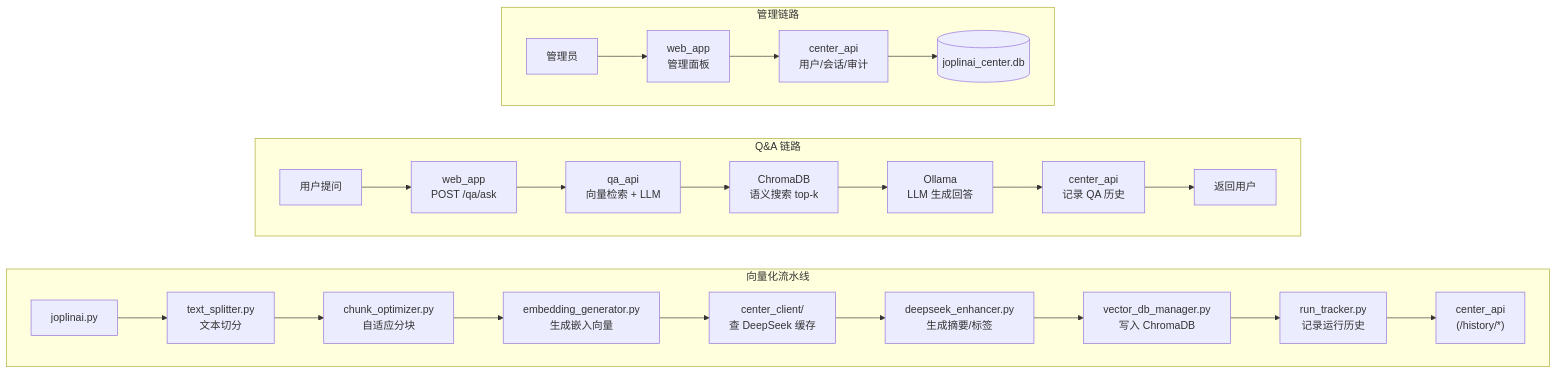
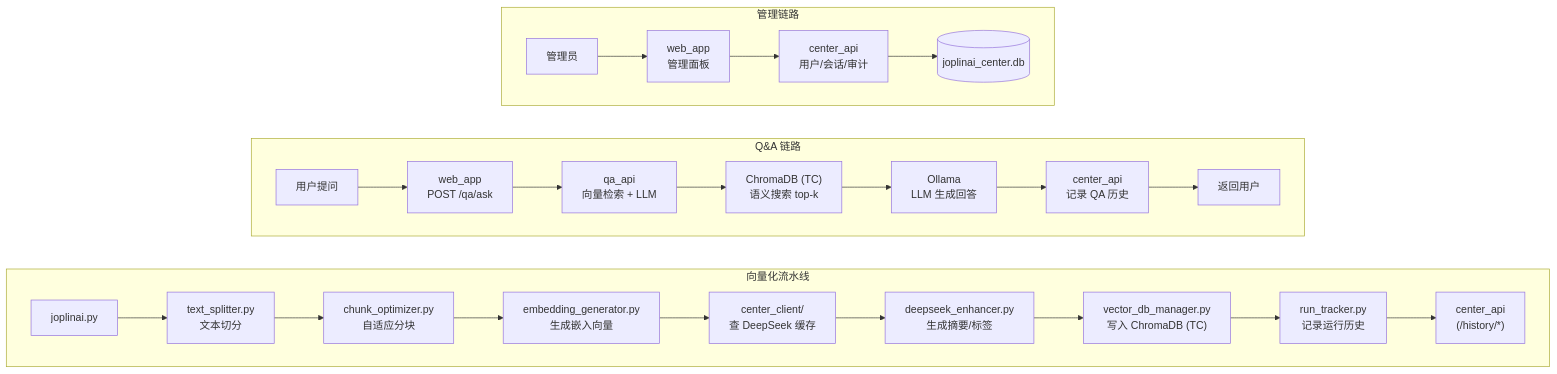
The third of 10 diagrams in docs/TECHNICAL_MANUAL.md (heart5/joplinai), drawn with Mermaid before and after one commit. The commit also changed other lines of this file, not shown here.

Commit message:
fix: 技术手册修正 ChromaDB 部署位置 — 在腾讯云非恒创云

````diff
--- a/docs/TECHNICAL_MANUAL.md
+++ b/docs/TECHNICAL_MANUAL.md
@@ -137,31 +136,31 @@
 ```mermaid
 flowchart LR
     subgraph FLOW1["向量化流水线"]
         direction LR
         V1["joplinai.py"] --> V2["text_splitter.py<br/>文本切分"]
         V2 --> V3["chunk_optimizer.py<br/>自适应分块"]
         V3 --> V4["embedding_generator.py<br/>生成嵌入向量"]
         V4 --> V5["center_client/<br/>查 DeepSeek 缓存"]
         V5 --> V6["deepseek_enhancer.py<br/>生成摘要/标签"]
-        V6 --> V7["vector_db_manager.py<br/>写入 ChromaDB"]
+        V6 --> V7["vector_db_manager.py<br/>写入 ChromaDB (TC)"]
         V7 --> V8["run_tracker.py<br/>记录运行历史"]
         V8 --> V9["center_api<br/>(/history/*)"]
     end
 
     subgraph FLOW2["Q&A 链路"]
         direction LR
         Q1["用户提问"] --> Q2["web_app<br/>POST /qa/ask"]
         Q2 --> Q3["qa_api<br/>向量检索 + LLM"]
-        Q3 --> Q4["ChromaDB<br/>语义搜索 top-k"]
+        Q3 --> Q4["ChromaDB (TC)<br/>语义搜索 top-k"]
         Q4 --> Q5["Ollama<br/>LLM 生成回答"]
         Q5 --> Q6["center_api<br/>记录 QA 历史"]
         Q6 --> Q7["返回用户"]
     end
 
     subgraph FLOW3["管理链路"]
         direction LR
         M1["管理员"] --> M2["web_app<br/>管理面板"]
         M2 --> M3["center_api<br/>用户/会话/审计"]
         M3 --> M4[("joplinai_center.db")]
     end
 ```
````
